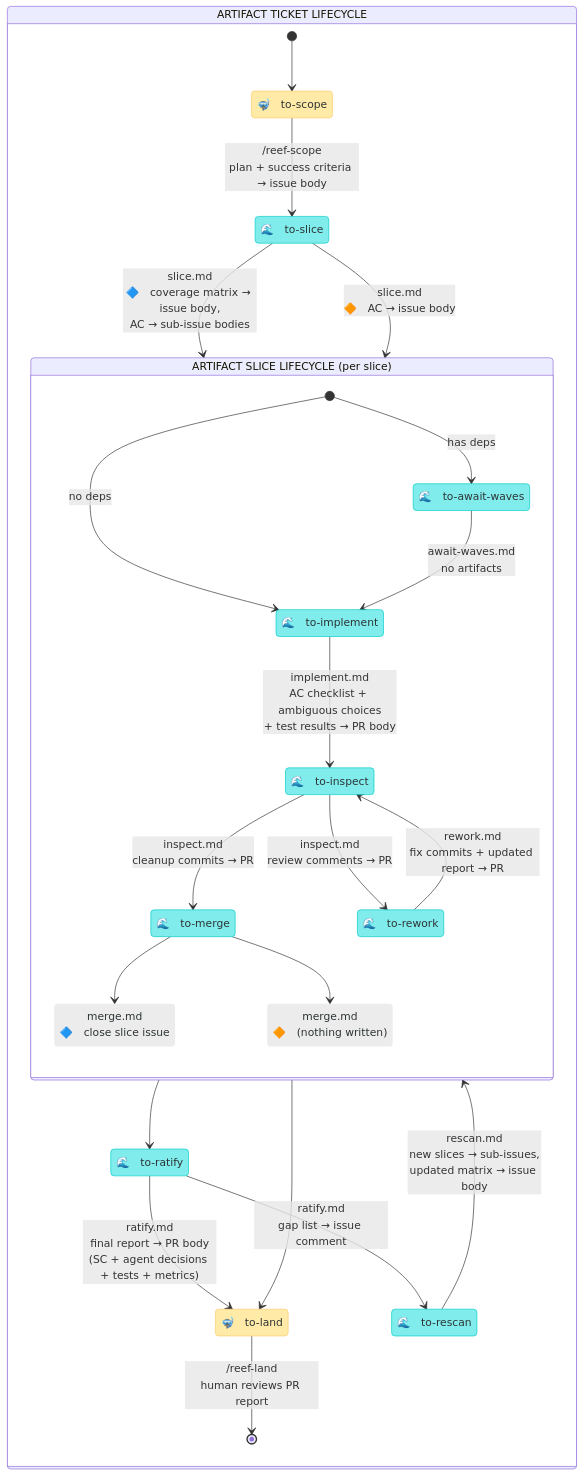
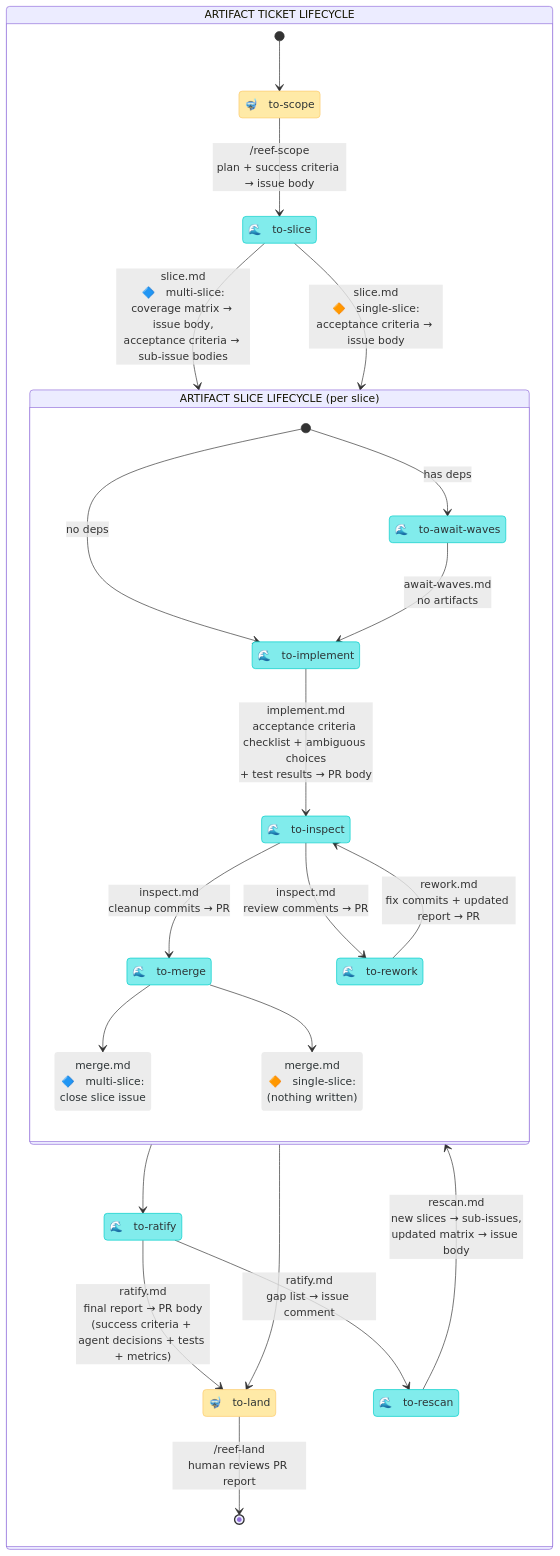
One commit to mesqueeb/moonjelly-reef changed the third of 3 diagrams in README.md. Above: the diagram before and after it, drawn with Mermaid. The commit also changed other lines of this file and 5 other files, not shown here.

````diff
--- a/README.md
+++ b/README.md
@@ -289,52 +289,52 @@
 ```mermaid
 stateDiagram-v2
     direction TB
 
     classDef human fill:#ffeaa7,stroke:#fdcb6e,color:#2d3436
     classDef agent fill:#81ecec,stroke:#00cec9,color:#2d3436
     classDef arrow fill:#ececec,stroke:#ffffff00,color:#2d3436
 
     state "ARTIFACT TICKET LIFECYCLE" as work {
 
         state "🤿　to-scope" as to_scope
         state "🌊　to-slice" as to_slice
         state "🌊　to-ratify" as to_ratify
         state "🌊　to-rescan" as gaps_to_rescan
         state "🤿　to-land" as to_land
 
         [*] --> to_scope
         to_scope --> to_slice : /reef-scope<br />plan + success criteria → issue body
-        to_slice --> slice_lifecycle : slice.md<br />🔷　coverage matrix → issue body,<br />AC → sub-issue bodies
-        to_slice --> slice_lifecycle : slice.md<br />🔶　AC → issue body
+        to_slice --> slice_lifecycle : slice.md<br />🔷　multi-slice:<br />coverage matrix → issue body,<br />acceptance criteria → sub-issue bodies
+        to_slice --> slice_lifecycle : slice.md<br />🔶　single-slice:<br />acceptance criteria → issue body
         slice_lifecycle --> to_ratify
         slice_lifecycle --> to_land
-        to_ratify --> to_land : ratify.md<br />final report → PR body<br />(SC + agent decisions + tests + metrics)
+        to_ratify --> to_land : ratify.md<br />final report → PR body<br />(success criteria + agent decisions + tests + metrics)
         to_ratify --> gaps_to_rescan : ratify.md<br />gap list → issue comment
         gaps_to_rescan --> slice_lifecycle : rescan.md<br />new slices → sub-issues,<br />updated matrix → issue body
         to_land --> [*] : /reef-land<br />human reviews PR report
     }
 
     state "ARTIFACT SLICE LIFECYCLE (per slice)" as slice_lifecycle {
 
         state "🌊　to-await-waves" as to_await
         state "🌊　to-implement" as to_implement
         state "🌊　to-inspect" as to_inspect
         state "🌊　to-rework" as needs_rework
         state "🌊　to-merge" as to_merge
-        state "merge.md<br />🔷　close slice issue" as merge_multi
-        state "merge.md<br />🔶　(nothing written)" as merge_single
+        state "merge.md<br />🔷　multi-slice:<br />close slice issue" as merge_multi
+        state "merge.md<br />🔶　single-slice:<br />(nothing written)" as merge_single
         [*] --> to_implement : no deps
         [*] --> to_await : has deps
         to_await --> to_implement : await-waves.md<br />no artifacts
-        to_implement --> to_inspect : implement.md<br />AC checklist + ambiguous choices<br />+ test results → PR body
+        to_implement --> to_inspect : implement.md<br />acceptance criteria checklist + ambiguous choices<br />+ test results → PR body
         to_inspect --> to_merge : inspect.md<br />cleanup commits → PR
         to_inspect --> needs_rework : inspect.md<br />review comments → PR
         needs_rework --> to_inspect : rework.md<br />fix commits + updated report → PR
         to_merge --> merge_multi
         to_merge --> merge_single
     }
 
     class to_scope,to_land human
     class to_slice,to_ratify,gaps_to_rescan,to_await,to_implement,to_inspect,needs_rework,to_merge agent
     class merge_multi,merge_single arrow
 ```
````
